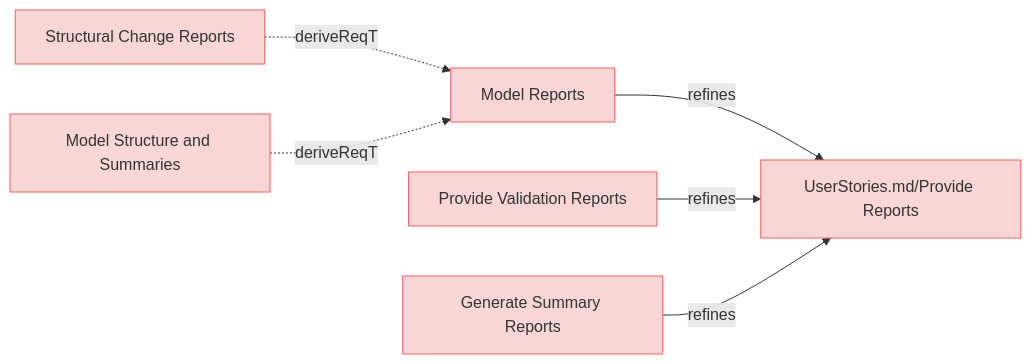
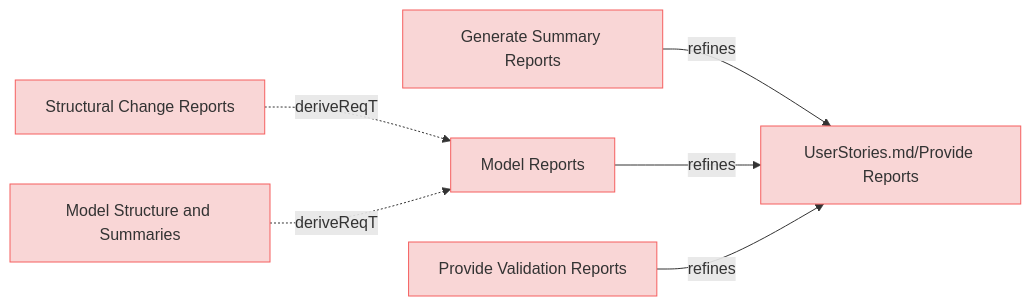
Before and after one commit to reqvire-org/reqvire: the fifth of 8 diagrams in specifications/UserRequirements.md, drawn with Mermaid. The commit also changed other lines of this file and 37 other files, not shown here.

Commit message:
Allow diagrams with blobs links when configured.

````diff
--- a/specifications/UserRequirements.md
+++ b/specifications/UserRequirements.md
@@ -369,32 +322,32 @@
 ```mermaid
 graph LR;
   %% Graph styling
   classDef requirement fill:#f9d6d6,stroke:#f55f5f,stroke-width:1px;
   classDef verification fill:#d6f9d6,stroke:#5fd75f,stroke-width:1px;
   classDef externalLink fill:#d0e0ff,stroke:#3080ff,stroke-width:1px;
   classDef default fill:#f5f5f5,stroke:#333333,stroke-width:1px;
 
-  98d3f01fb666c41f["Model Reports"];
-  click 98d3f01fb666c41f "UserRequirements.md#model-reports";
-  class 98d3f01fb666c41f requirement;
-  9cb6618c17d19a11["UserStories.md/Provide Reports"];
-  class 9cb6618c17d19a11 requirement;
-  click 9cb6618c17d19a11 "UserStories.md#provide-reports";
-  98d3f01fb666c41f -->|refines| 9cb6618c17d19a11;
-  6572e9cc4d78415a["Structural Change Reports"];
-  click 6572e9cc4d78415a "UserRequirements.md#structural-change-reports";
-  class 6572e9cc4d78415a requirement;
-  6572e9cc4d78415a -.->|deriveReqT| 98d3f01fb666c41f;
-  2d3cfde19fc6bb79["Provide Validation Reports"];
-  click 2d3cfde19fc6bb79 "UserRequirements.md#provide-validation-reports";
-  class 2d3cfde19fc6bb79 requirement;
-  2d3cfde19fc6bb79 -->|refines| 9cb6618c17d19a11;
-  40de7485b25294["Model Structure and Summaries"];
-  click 40de7485b25294 "UserRequirements.md#model-structure-and-summaries";
-  class 40de7485b25294 requirement;
-  40de7485b25294 -.->|deriveReqT| 98d3f01fb666c41f;
-  db41436c9a771e21["Generate Summary Reports"];
-  click db41436c9a771e21 "UserRequirements.md#generate-summary-reports";
-  class db41436c9a771e21 requirement;
-  db41436c9a771e21 -->|refines| 9cb6618c17d19a11;
+  b5c9876f83e7d0ce["Generate Summary Reports"];
+  click b5c9876f83e7d0ce "specifications/UserRequirements.md#generate-summary-reports#generate-summary-reports";
+  class b5c9876f83e7d0ce requirement;
+  91a0adb0b4d959c4["UserStories.md/Provide Reports"];
+  class 91a0adb0b4d959c4 requirement;
+  click 91a0adb0b4d959c4 "specifications/UserStories.md#provide-reports#provide-reports";
+  b5c9876f83e7d0ce -->|refines| 91a0adb0b4d959c4;
+  1908501a80db5c46["Structural Change Reports"];
+  click 1908501a80db5c46 "specifications/UserRequirements.md#structural-change-reports#structural-change-reports";
+  class 1908501a80db5c46 requirement;
+  70701096d332c0b2["Model Reports"];
+  class 70701096d332c0b2 requirement;
+  click 70701096d332c0b2 "specifications/UserRequirements.md#model-reports#model-reports";
+  1908501a80db5c46 -.->|deriveReqT| 70701096d332c0b2;
+  70701096d332c0b2 -->|refines| 91a0adb0b4d959c4;
+  ad6f7a2d41d80a38["Model Structure and Summaries"];
+  click ad6f7a2d41d80a38 "specifications/UserRequirements.md#model-structure-and-summaries#model-structure-and-summaries";
+  class ad6f7a2d41d80a38 requirement;
+  ad6f7a2d41d80a38 -.->|deriveReqT| 70701096d332c0b2;
+  ed31b6bed1cde2f8["Provide Validation Reports"];
+  click ed31b6bed1cde2f8 "specifications/UserRequirements.md#provide-validation-reports#provide-validation-reports";
+  class ed31b6bed1cde2f8 requirement;
+  ed31b6bed1cde2f8 -->|refines| 91a0adb0b4d959c4;
 ```
````
